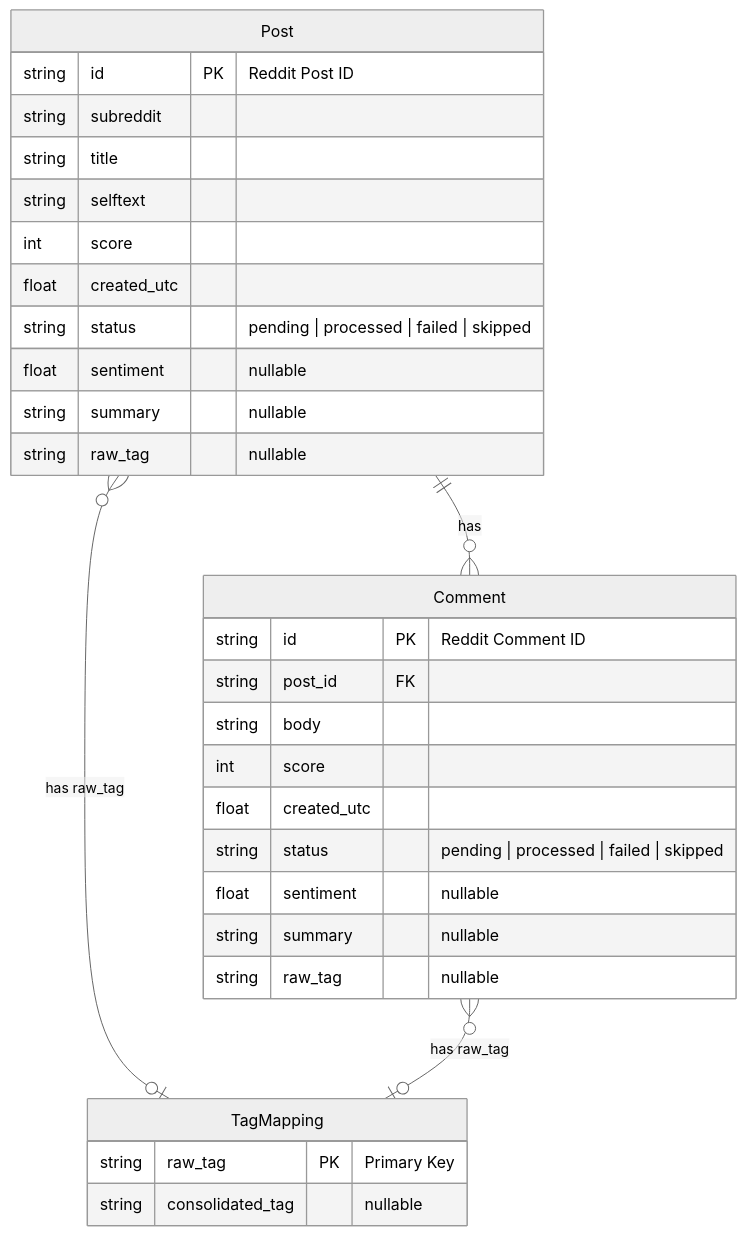
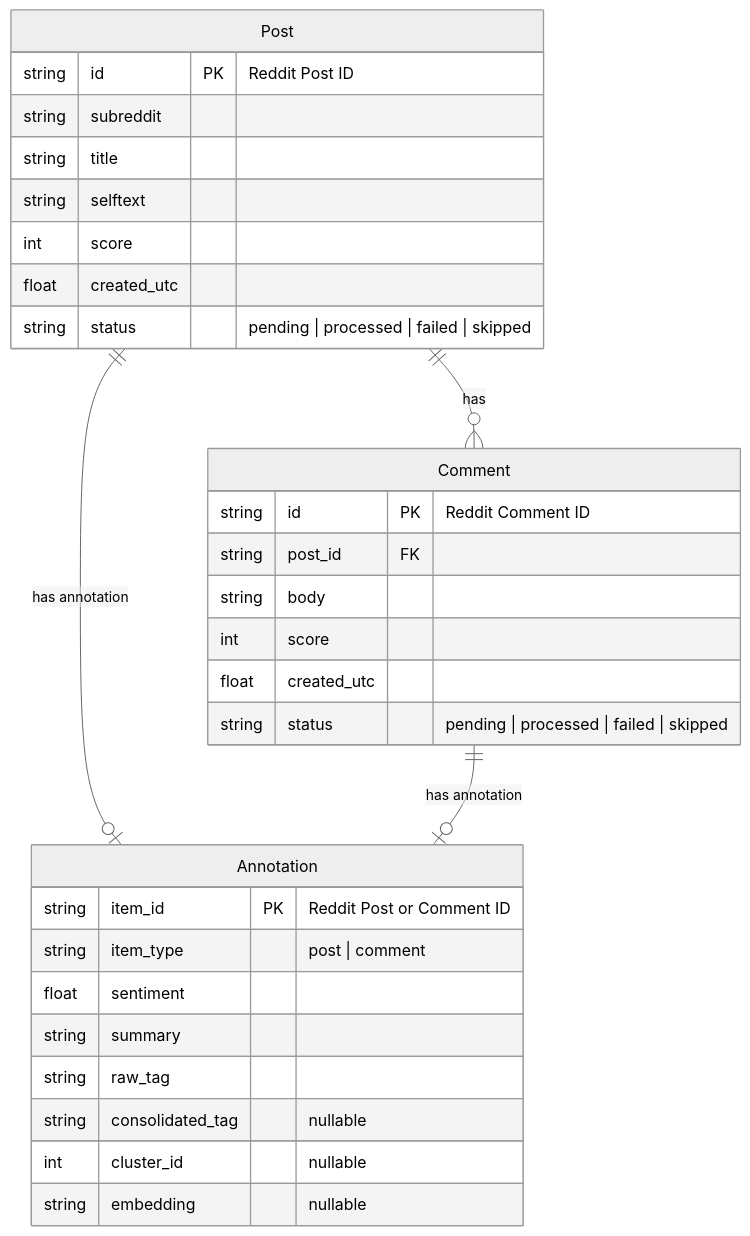
One commit to donngas/IFLS807-audience-reception-analysis changed the second of 2 diagrams in README.md. Above: the diagram before and after it, drawn with Mermaid (neutral theme). The commit also changed other lines of this file, not shown here.

Commit message:
docs: update README with new database schema, clustering workflow, and uv usage

````diff
--- a/README.md
+++ b/README.md
@@ -46,34 +46,34 @@
 ```mermaid
 erDiagram
     Post {
         string id PK "Reddit Post ID"
         string subreddit
         string title
         string selftext
         int score
         float created_utc
         string status "pending | processed | failed | skipped"
-        float sentiment "nullable"
-        string summary "nullable"
-        string raw_tag "nullable"
     }
     Comment {
         string id PK "Reddit Comment ID"
         string post_id FK
         string body
         int score
         float created_utc
         string status "pending | processed | failed | skipped"
-        float sentiment "nullable"
-        string summary "nullable"
-        string raw_tag "nullable"
     }
-    TagMapping {
-        string raw_tag PK "Primary Key"
+    Annotation {
+        string item_id PK "Reddit Post or Comment ID"
+        string item_type "post | comment"
+        float sentiment
+        string summary
+        string raw_tag
         string consolidated_tag "nullable"
+        int cluster_id "nullable"
+        string embedding "nullable"
     }
 
     Post ||--o{ Comment : "has"
-    Post }o--o| TagMapping : "has raw_tag"
-    Comment }o--o| TagMapping : "has raw_tag"
+    Post ||--o| Annotation : "has annotation"
+    Comment ||--o| Annotation : "has annotation"
 ```
````
